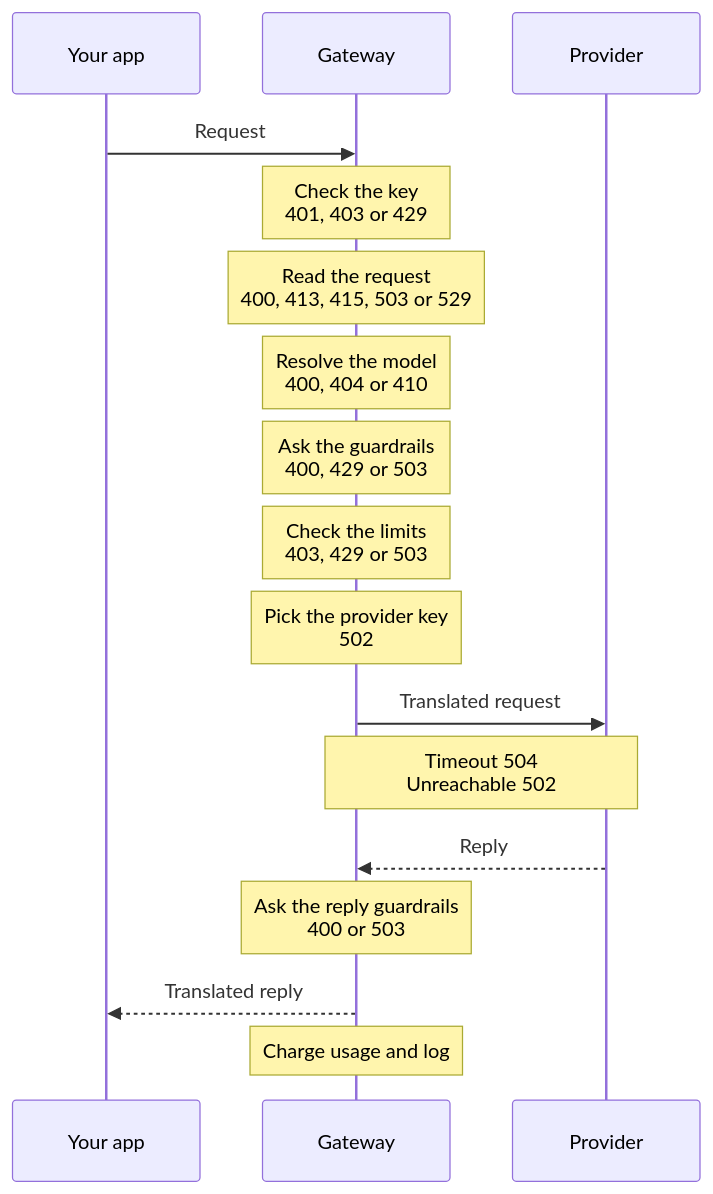
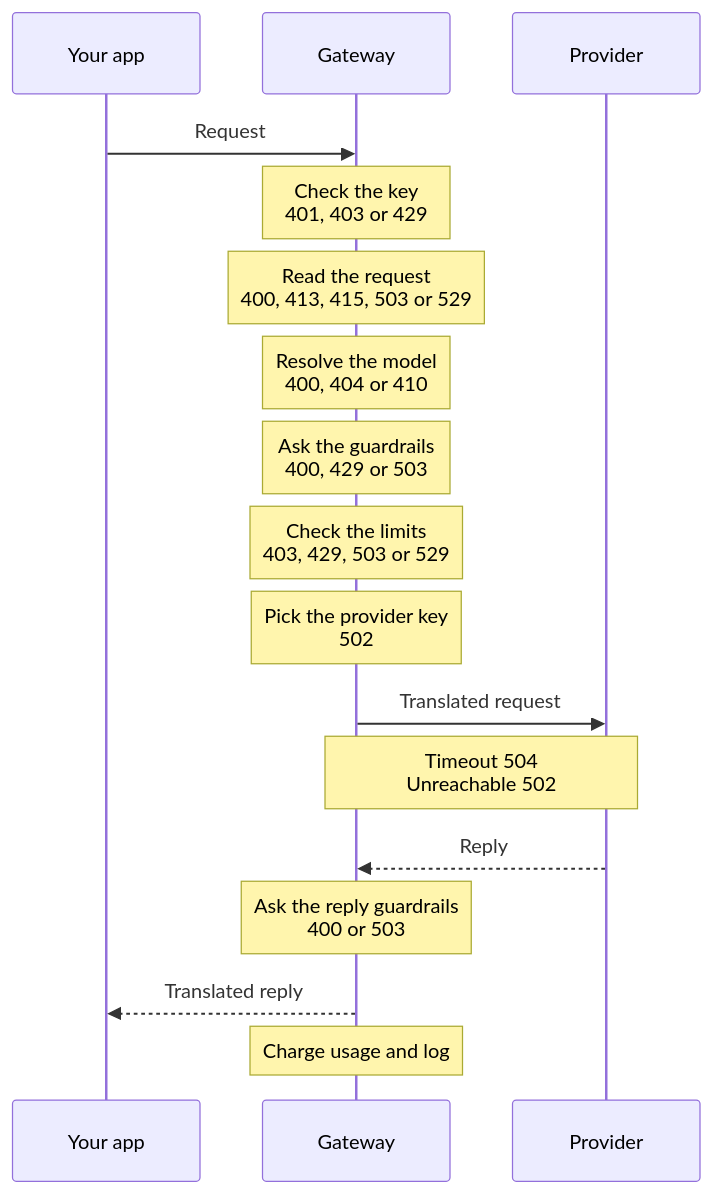
One commit to logicplanes/kaeso changed the diagram in apps/docs/content/en/concepts/request-flow.md. Above: the diagram before and after it, drawn with Mermaid. The commit also changed other lines of this file and 20 other files, not shown here.

First line of the commit message:
When Kaeso can't check a project's limits, the request is refused as Kaeso being busy (503, or 529 for Anthropic apps, with Retry-After) and is no longer logged as the provider's error. (#1509)

````diff
--- a/apps/docs/content/en/concepts/request-flow.md
+++ b/apps/docs/content/en/concepts/request-flow.md
@@ -9,21 +9,21 @@
 ```mermaid
 sequenceDiagram
   accTitle: Request flow
   accDescr: The app sends a request to the gateway. The gateway checks the key, reads the request, resolves the model, asks the project's guardrails, checks the limits and picks the provider key, and each check can refuse the request with the statuses shown. It sends the translated request to the provider, asks the guardrails that check replies, returns the translated reply to the app, and then charges usage and logs the request.
   participant App as Your app
   participant Gateway
   participant Provider
   App->>Gateway: Request
   Note over Gateway: Check the key<br>401, 403 or 429
   Note over Gateway: Read the request<br>400, 413, 415, 503 or 529
   Note over Gateway: Resolve the model<br>400, 404 or 410
   Note over Gateway: Ask the guardrails<br>400, 429 or 503
-  Note over Gateway: Check the limits<br>403, 429 or 503
+  Note over Gateway: Check the limits<br>403, 429, 503 or 529
   Note over Gateway: Pick the provider key<br>502
   Gateway->>Provider: Translated request
   Note over Gateway,Provider: Timeout 504<br>Unreachable 502
   Provider-->>Gateway: Reply
   Note over Gateway: Ask the reply guardrails<br>400 or 503
   Gateway-->>App: Translated reply
   Note over Gateway: Charge usage and log
 ```
````
